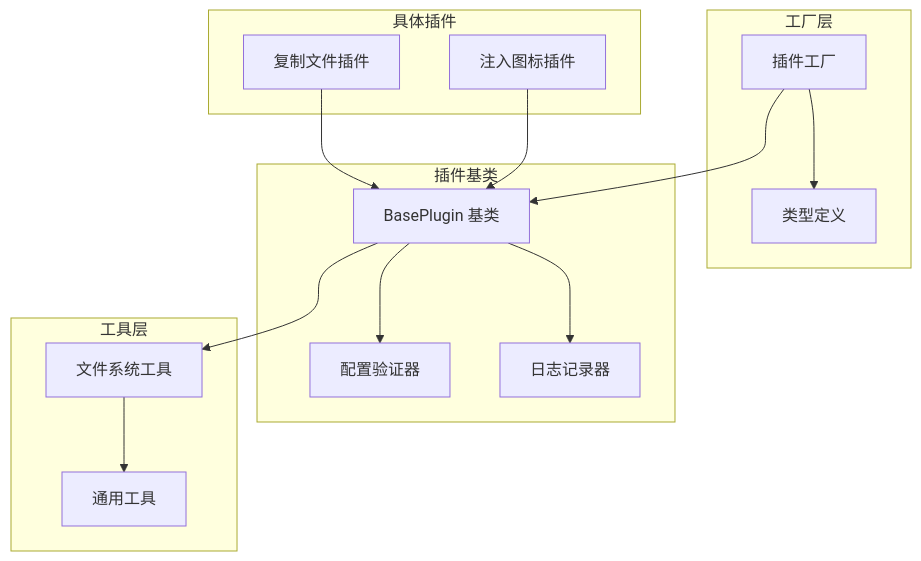
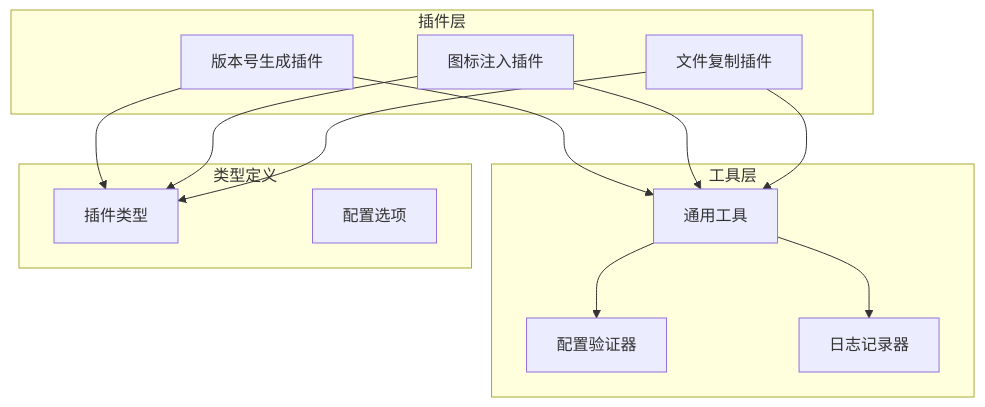
One commit to MengXi-Studio/vite-plugin changed the first of 6 diagrams in .qoder/repowiki/zh/content/插件开发/插件工厂系统.md. Above: the diagram before and after it, drawn with Mermaid. The commit also changed other lines of this file and 8 other files, not shown here.

````diff
--- a/.qoder/repowiki/zh/content/插件开发/插件工厂系统.md
+++ b/.qoder/repowiki/zh/content/插件开发/插件工厂系统.md
@@ -57,28 +55,25 @@
 ```mermaid
 graph TB
-subgraph "工厂层"
-Factory[插件工厂]
-Types[类型定义]
+subgraph "插件层"
+GenerateVersion[版本号生成插件]
+InjectIco[图标注入插件]
+CopyFile[文件复制插件]
 end
-subgraph "插件基类"
-BasePlugin[BasePlugin 基类]
+subgraph "工具层"
+Common[通用工具]
 Validation[配置验证器]
 Logger[日志记录器]
 end
-subgraph "具体插件"
-CopyFile[复制文件插件]
-InjectIco[注入图标插件]
+subgraph "类型定义"
+Types[插件类型]
+Options[配置选项]
 end
-subgraph "工具层"
-FS[文件系统工具]
-Common[通用工具]
-end
-Factory --> BasePlugin
-Factory --> Types
-BasePlugin --> Validation
-BasePlugin --> Logger
-BasePlugin --> FS
-CopyFile --> BasePlugin
-InjectIco --> BasePlugin
-FS --> Common
+GenerateVersion --> Types
+InjectIco --> Types
+CopyFile --> Types
+GenerateVersion --> Common
+InjectIco --> Common
+CopyFile --> Common
+Common --> Validation
+Common --> Logger
 ```
````
